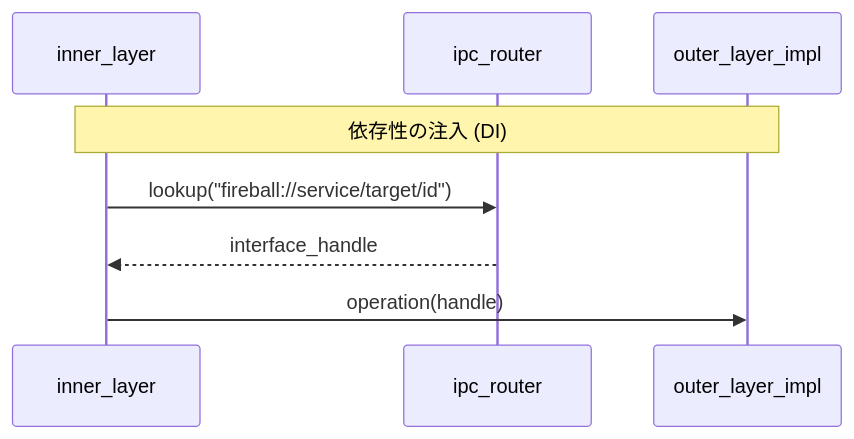
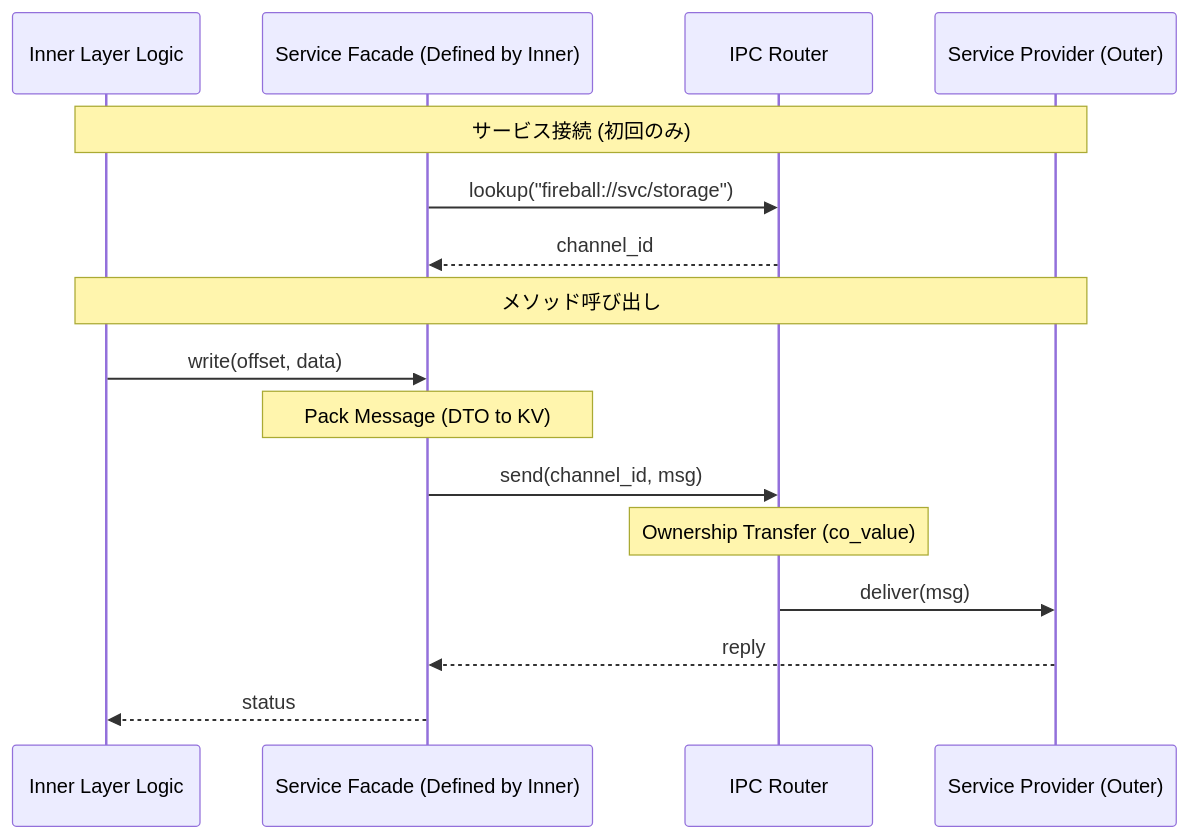
The second of 2 diagrams in docs/orders/patterns/interface.md (kmt-t/fireball), drawn with Mermaid before and after one commit. The commit also changed other lines of this file and 1 other file, not shown here.

Commit message:
update router.

````diff
--- a/docs/orders/patterns/interface.md
+++ b/docs/orders/patterns/interface.md
@@ -30,11 +32,20 @@
 ```mermaid
 sequenceDiagram
-    participant client as inner_layer
-    participant router as ipc_router
-    participant provider as outer_layer_impl
+    participant client as Inner Layer Logic
+    participant facade as Service Facade (Defined by Inner)
+    participant router as IPC Router
+    participant provider as Service Provider (Outer)
 
-    Note over client, provider: 依存性の注入 (DI)
-    client->>router: lookup("fireball://service/target/id")
-    router-->>client: interface_handle
-    client->>provider: operation(handle)
+    Note over client, provider: サービス接続 (初回のみ)
+    facade->>router: lookup("fireball://svc/storage")
+    router-->>facade: channel_id
+    
+    Note over client, provider: メソッド呼び出し
+    client->>facade: write(offset, data)
+    Note over facade: Pack Message (DTO to KV)
+    facade->>router: send(channel_id, msg)
+    Note over router: Ownership Transfer (co_value)
+    router->>provider: deliver(msg)
+    provider-->>facade: reply
+    facade-->>client: status
 ```
````
